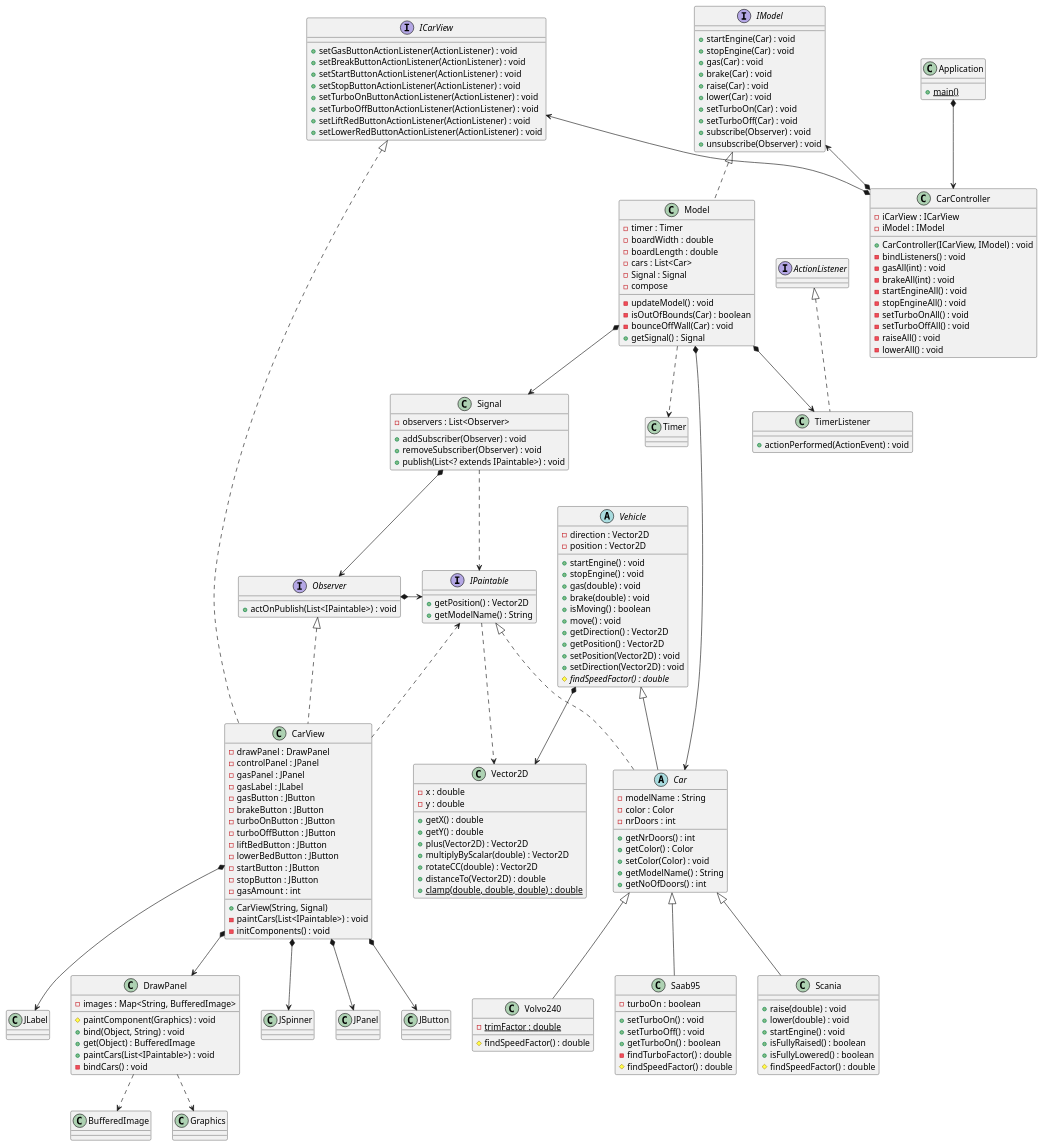
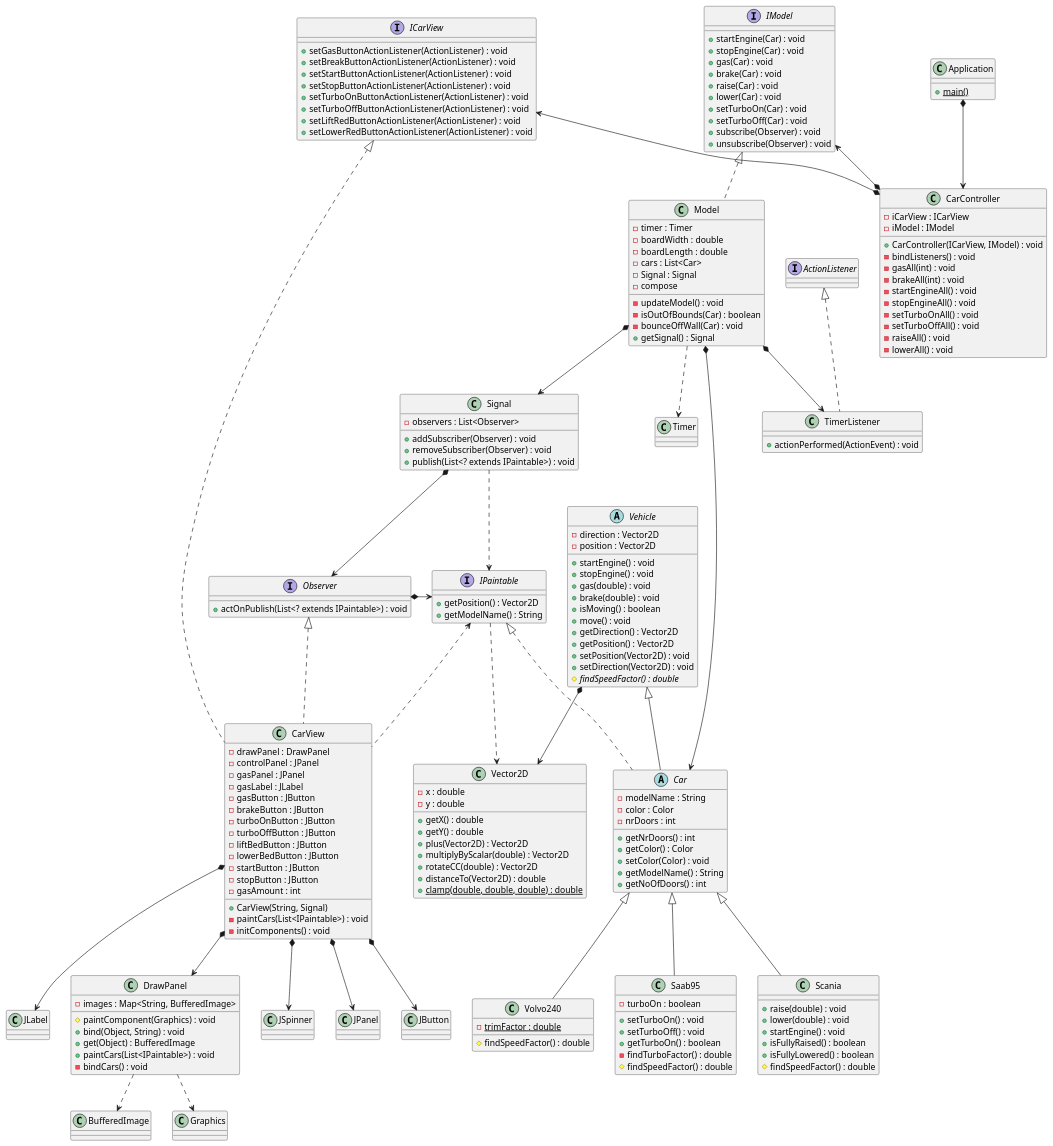
One commit to Yogaledare/dit953-lab2 changed the diagram in src/Uppg4.puml. Above: the diagram before and after it, drawn with PlantUML.

```diff
--- a/src/Uppg4.puml
+++ b/src/Uppg4.puml
@@ -216,7 +216,7 @@
 Vehicle <|-- Car
 
 interface Observer{
-+ actOnPublish(List<IPaintable>) : void
++ actOnPublish(List<? extends IPaintable>) : void
 }
 
 Observer *-> IPaintable
```
